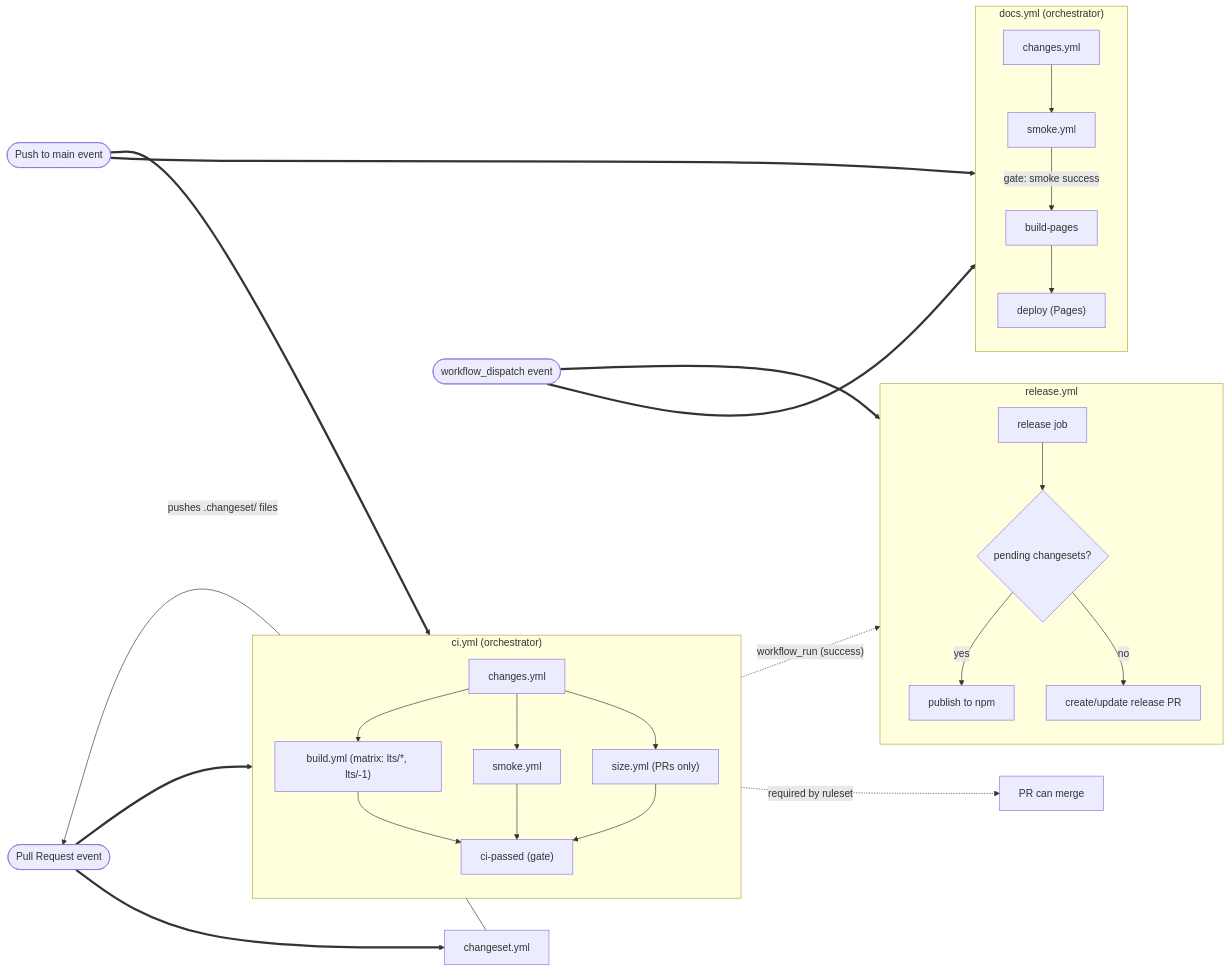
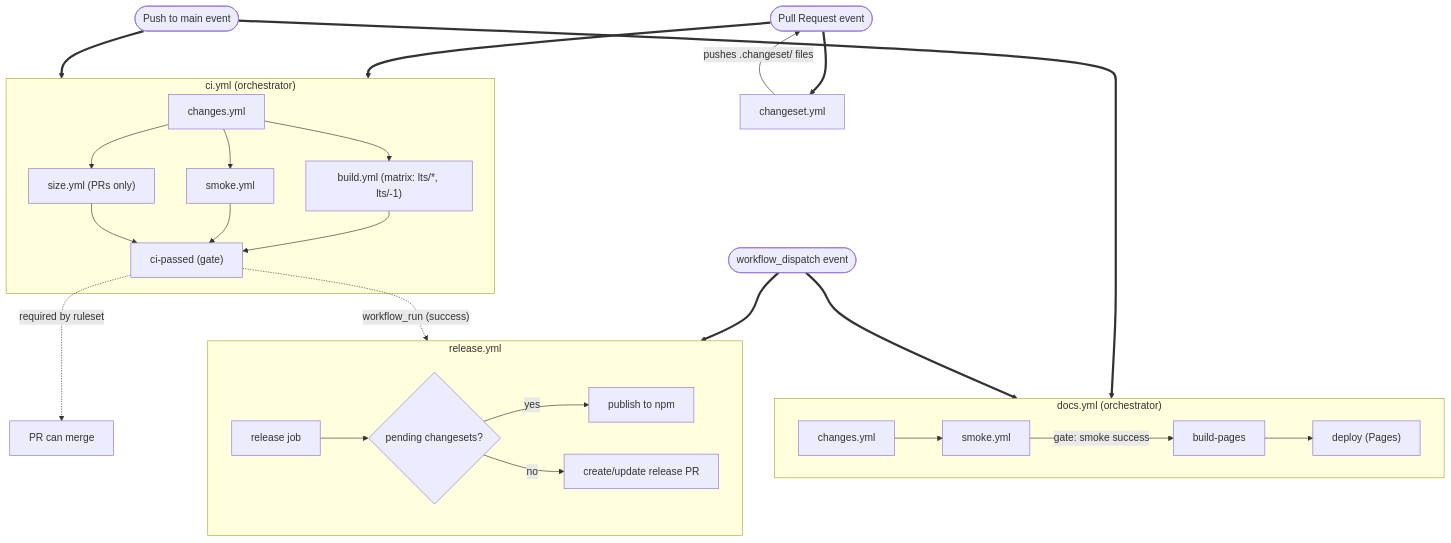
One commit to thejustinwalsh/three-flatland changed the first of 2 diagrams in .github/workflows/README.md. Above: the diagram before and after it, drawn with Mermaid.

Commit message:
docs(ci): revert graph to TD without forced subgraph directions
Let mermaid's default layout pick subgraph positions and internal
orientation instead of forcing graph LR + direction TB. The default
chose a more readable layout than the explicit overrides.

Keeps the recent improvements: rounded event nodes, thick trigger
arrows, subgraph-targeted edges (events point at the orchestrator,
not internal jobs), Release as its own subgraph.

````diff
--- a/.github/workflows/README.md
+++ b/.github/workflows/README.md
@@ -5,45 +5,42 @@
 ```mermaid
-graph LR
-    subgraph DocsOrch ["docs.yml (orchestrator)"]
-        direction TB
-        DocsChanges["changes.yml"]
-        DocsChanges --> DocsSmoke["smoke.yml"]
-        DocsSmoke -->|"gate: smoke success"| BuildPages["build-pages"]
-        BuildPages --> DocsDeploy["deploy (Pages)"]
-    end
+graph TD
+    PR(["Pull Request event"])
+    Push(["Push to main event"])
+    Manual(["workflow_dispatch event"])
+    ChangesetWF["changeset.yml"]
+    ChangesetWF -->|"pushes .changeset/ files"| PR
 
     subgraph CIOrch ["ci.yml (orchestrator)"]
-        direction TB
         CIChanges["changes.yml"]
         CIChanges --> CIBuild["build.yml (matrix: lts/*, lts/-1)"]
         CIChanges --> CISmoke["smoke.yml"]
         CIChanges --> CISize["size.yml (PRs only)"]
         CIBuild --> Gate["ci-passed (gate)"]
         CISmoke --> Gate
         CISize --> Gate
     end
 
+    subgraph DocsOrch ["docs.yml (orchestrator)"]
+        DocsChanges["changes.yml"]
+        DocsChanges --> DocsSmoke["smoke.yml"]
+        DocsSmoke -->|"gate: smoke success"| BuildPages["build-pages"]
+        BuildPages --> DocsDeploy["deploy (Pages)"]
+    end
+
     subgraph ReleaseFlow ["release.yml"]
-        direction TB
         Release["release job"]
         Release --> Changesets{"pending changesets?"}
         Changesets -->|yes| Publish["publish to npm"]
         Changesets -->|no| ReleasePR["create/update release PR"]
     end
-
-    PR(["Pull Request event"])
-    Push(["Push to main event"])
-    Manual(["workflow_dispatch event"])
-    ChangesetWF["changeset.yml"]
-    ChangesetWF -->|"pushes .changeset/ files"| PR
 
     PR ==> CIOrch
     PR ==> ChangesetWF
     Push ==> CIOrch
     Push ==> DocsOrch
     Manual ==> DocsOrch
     Manual ==> ReleaseFlow
 
     Gate -.->|"workflow_run (success)"| ReleaseFlow
     Gate -.->|"required by ruleset"| Merge["PR can merge"]
 ```
````
